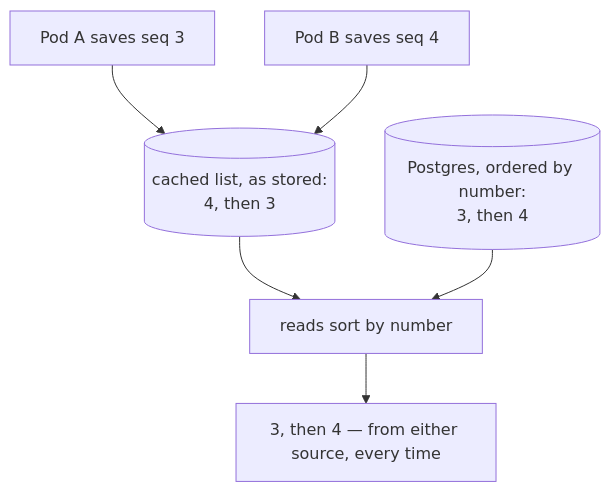
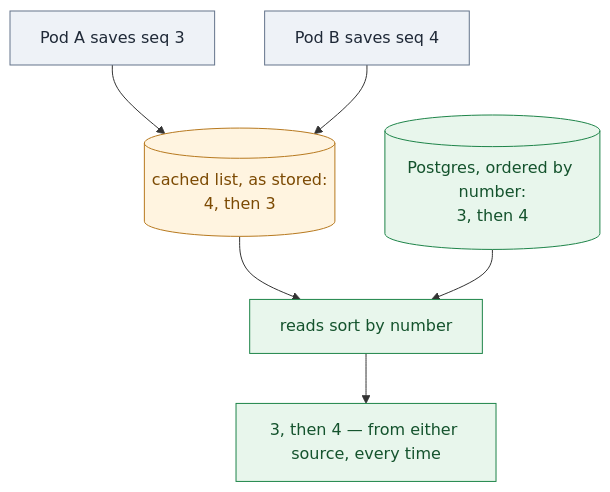
Diagram 14 of 15 in docs/TESTING-SCALING.md (selvakumarperumal/Corporate_Filing_Analyzer_Agent), drawn with Mermaid before and after one commit. The commit also changed other lines of this file, not shown here.

Commit message:
docs: style mermaid diagrams and add 'When it happens' context callouts across scaling test rows

````diff
--- a/docs/TESTING-SCALING.md
+++ b/docs/TESTING-SCALING.md
@@ -1218,8 +1394,17 @@
 ```mermaid
 flowchart TB
   A["Pod A saves seq 3"] --> L[("cached list, as stored:<br/>4, then 3")]
   B["Pod B saves seq 4"] --> L
   L --> S["reads sort by number"]
   PG[("Postgres, ordered by number:<br/>3, then 4")] --> S
   S --> O["3, then 4 — from either source, every time"]
+  classDef step fill:#eef2f7,stroke:#64748b,color:#1f2937
+  classDef bad fill:#fdecea,stroke:#c0392b,color:#7b1c14
+  classDef good fill:#e8f6ec,stroke:#1e8449,color:#14532d
+  classDef warn fill:#fff4e0,stroke:#b7791f,color:#7c4a03
+  classDef fix fill:#eef2ff,stroke:#4f46e5,color:#312e81
+  class A,B step
+  class L warn
+  class PG,S good
+  class O good
 ```
````
